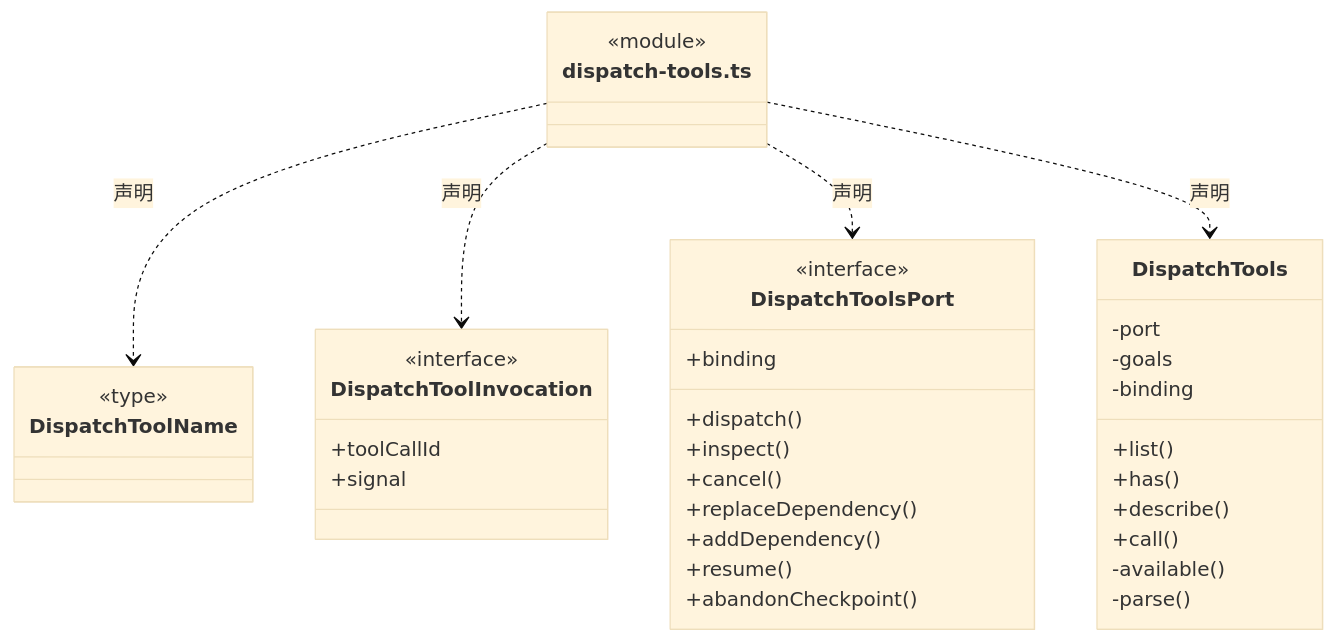
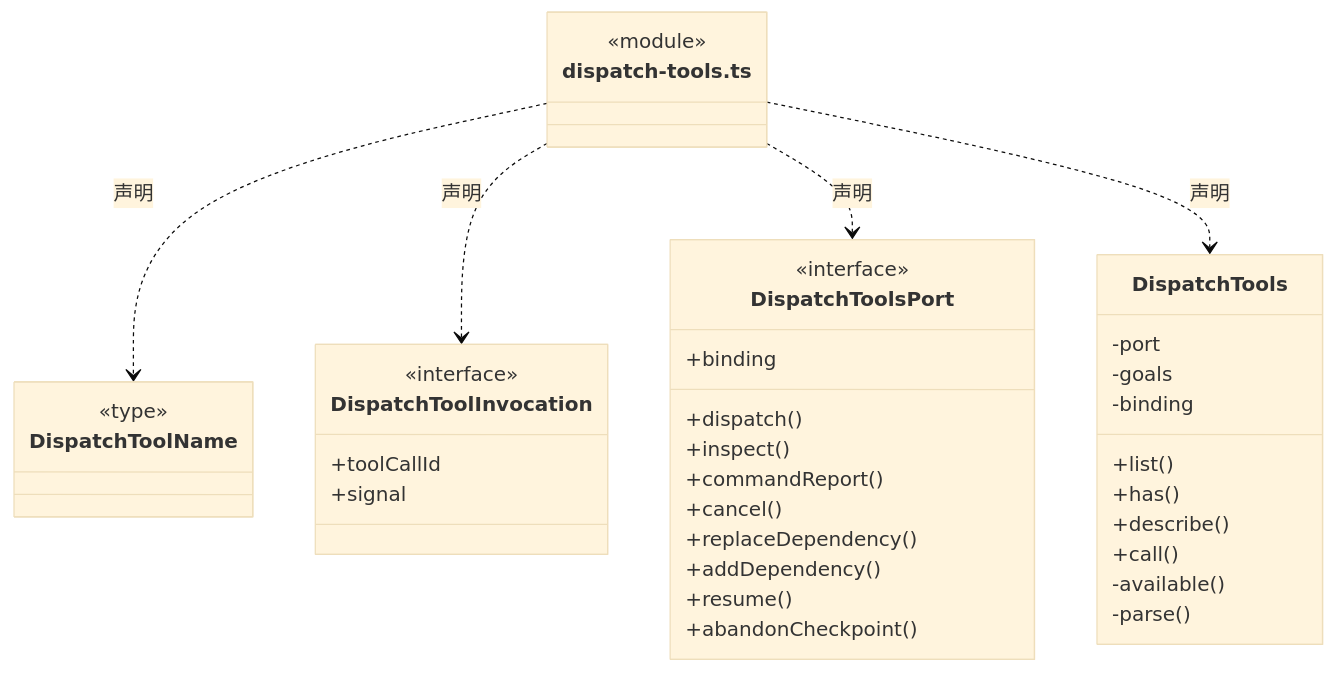
The second of 14 diagrams in src/backend/scheduler-engine/tools/ARCHITECTURE.md (nan023062/cbim), drawn with Mermaid (base theme) before and after one commit. The commit also changed other lines of this file and 68 other files, not shown here.

````diff
--- a/src/backend/scheduler-engine/tools/ARCHITECTURE.md
+++ b/src/backend/scheduler-engine/tools/ARCHITECTURE.md
@@ -27,41 +41,42 @@
 ```mermaid
 classDiagram
 class N_src_backend_scheduler_engine_tools_dispatch_tools_ts["dispatch-tools.ts"] {
   <<module>>
 }
 class N_src_backend_scheduler_engine_tools_dispatch_tools_ts_DispatchToolName["DispatchToolName"] {
   <<type>>
 
 }
 N_src_backend_scheduler_engine_tools_dispatch_tools_ts ..> N_src_backend_scheduler_engine_tools_dispatch_tools_ts_DispatchToolName : 声明
 class N_src_backend_scheduler_engine_tools_dispatch_tools_ts_DispatchToolInvocation["DispatchToolInvocation"] {
   <<interface>>
   +toolCallId
   +signal
 }
 N_src_backend_scheduler_engine_tools_dispatch_tools_ts ..> N_src_backend_scheduler_engine_tools_dispatch_tools_ts_DispatchToolInvocation : 声明
 class N_src_backend_scheduler_engine_tools_dispatch_tools_ts_DispatchToolsPort["DispatchToolsPort"] {
   <<interface>>
   +binding
   +dispatch()
   +inspect()
+  +commandReport()
   +cancel()
   +replaceDependency()
   +addDependency()
   +resume()
   +abandonCheckpoint()
 }
 N_src_backend_scheduler_engine_tools_dispatch_tools_ts ..> N_src_backend_scheduler_engine_tools_dispatch_tools_ts_DispatchToolsPort : 声明
 class N_src_backend_scheduler_engine_tools_dispatch_tools_ts_DispatchTools["DispatchTools"] {
   +list()
   +has()
   +describe()
   +call()
   -port
   -goals
   -binding
   -available()
   -parse()
 }
 N_src_backend_scheduler_engine_tools_dispatch_tools_ts ..> N_src_backend_scheduler_engine_tools_dispatch_tools_ts_DispatchTools : 声明
 ```
````
